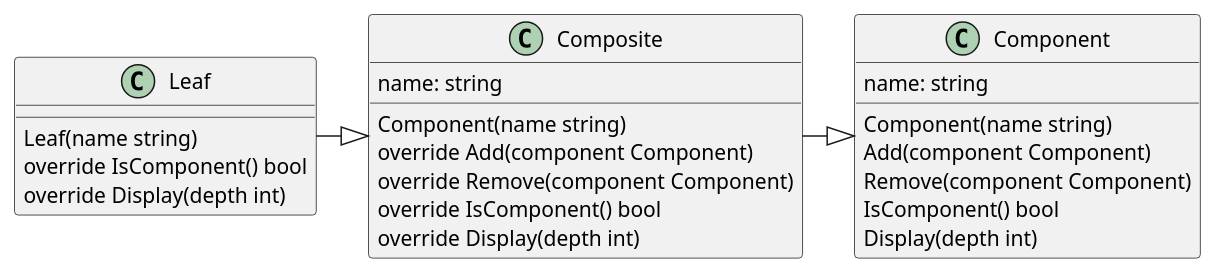
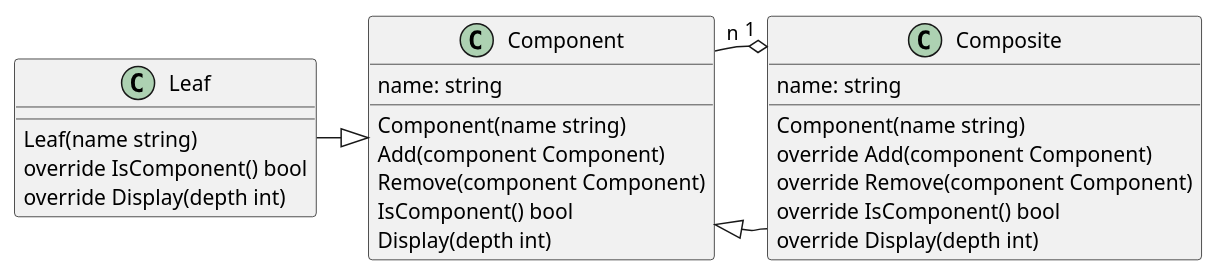
The diagram in Lab4_Composite/Diagrams/Class diagram.plantuml (cuptain/Software-architecture-design), drawn with PlantUML before and after one commit. The commit also changed 4 other files, not shown here.

Commit message:
Updated class diagram for 4th lab

```diff
--- a/Lab4_Composite/Diagrams/Class diagram.plantuml
+++ b/Lab4_Composite/Diagrams/Class diagram.plantuml
@@ -1,33 +1,36 @@
 @startuml Class Diagram
 
+skinparam Linetype =
+
 Composite -|> Component
-Leaf -|> Composite
+Leaf -|> Component
+Composite "1" o-u- "n" Component 
 
 class Composite {
     name: string
     
     Component(name string)
     override Add(component Component)
     override Remove(component Component)
     override IsComponent() bool
     override Display(depth int)
 }
 
 class Component {
     name: string
     
     Component(name string)
     Add(component Component)
     Remove(component Component)
     IsComponent() bool
     Display(depth int)
 }
 
 class Leaf {
     
     Leaf(name string)
     override IsComponent() bool
     override Display(depth int)
 }
 
 @enduml
```
